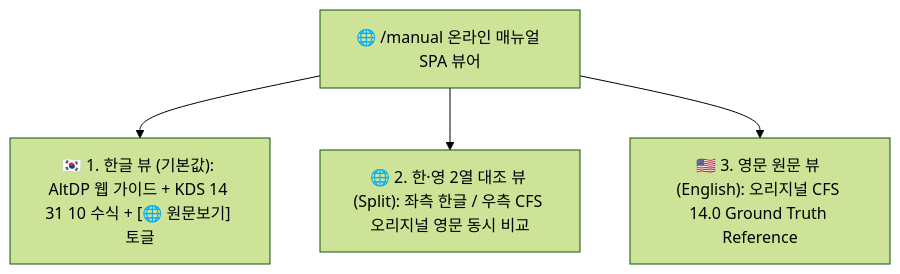
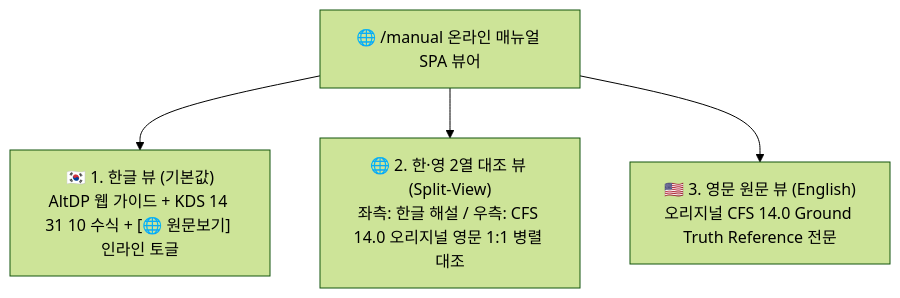
The diagram in docs/08_online_help_manual_specification.md (zlkiki/CFDesigner), drawn with Mermaid (forest theme) before and after one commit. The commit also changed other lines of this file and 15 other files, not shown here.

````diff
--- a/docs/08_online_help_manual_specification.md
+++ b/docs/08_online_help_manual_specification.md
@@ -13,7 +14,7 @@
 ```mermaid
 graph TD
     Viewer["🌐 /manual 온라인 매뉴얼 SPA 뷰어"]
-    Viewer --> M1["🇰🇷 1. 한글 뷰 (기본값): AltDP 웹 가이드 + KDS 14 31 10 수식 + [🌐 원문보기] 토글"]
-    Viewer --> M2["🌐 2. 한·영 2열 대조 뷰 (Split): 좌측 한글 / 우측 CFS 오리지널 영문 동시 비교"]
-    Viewer --> M3["🇺🇸 3. 영문 원문 뷰 (English): 오리지널 CFS 14.0 Ground Truth Reference"]
+    Viewer --> M1["🇰🇷 1. 한글 뷰 (기본값)<br>AltDP 웹 가이드 + KDS 14 31 10 수식 + [🌐 원문보기] 인라인 토글"]
+    Viewer --> M2["🌐 2. 한·영 2열 대조 뷰 (Split-View)<br>좌측: 한글 해설 / 우측: CFS 14.0 오리지널 영문 1:1 병렬 대조"]
+    Viewer --> M3["🇺🇸 3. 영문 원문 뷰 (English)<br>오리지널 CFS 14.0 Ground Truth Reference 전문"]
 ```
````
